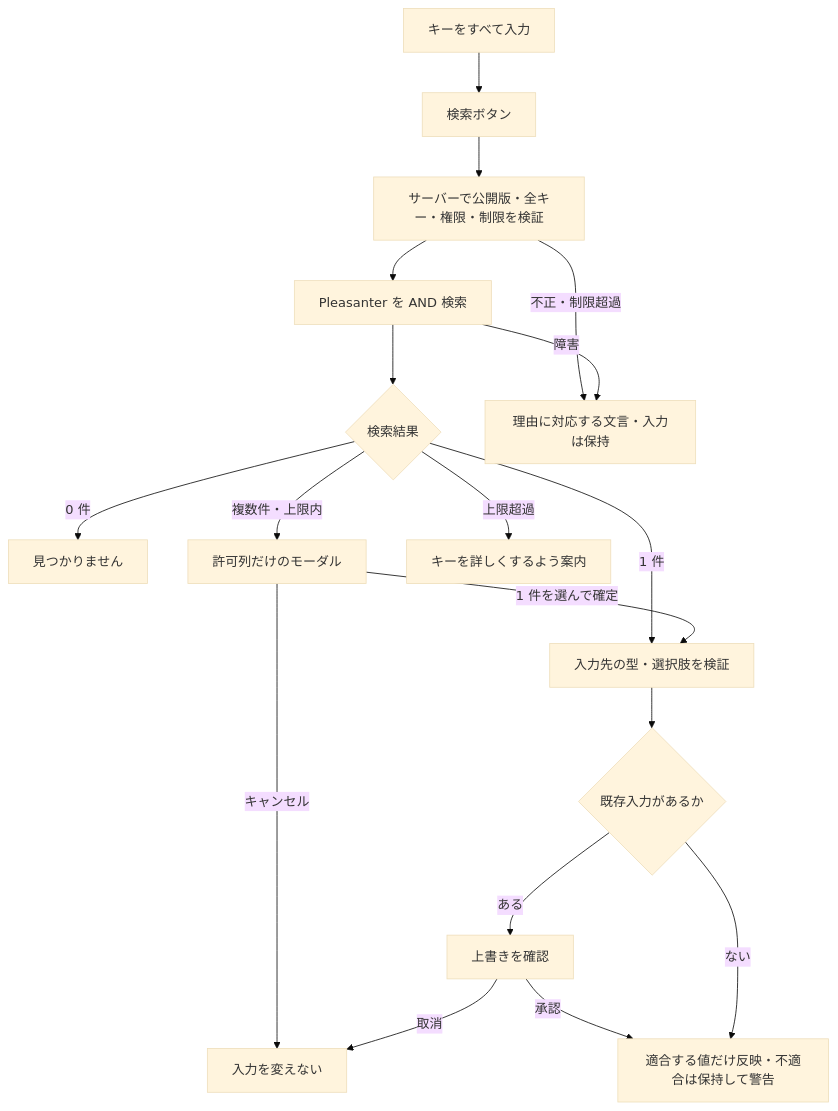
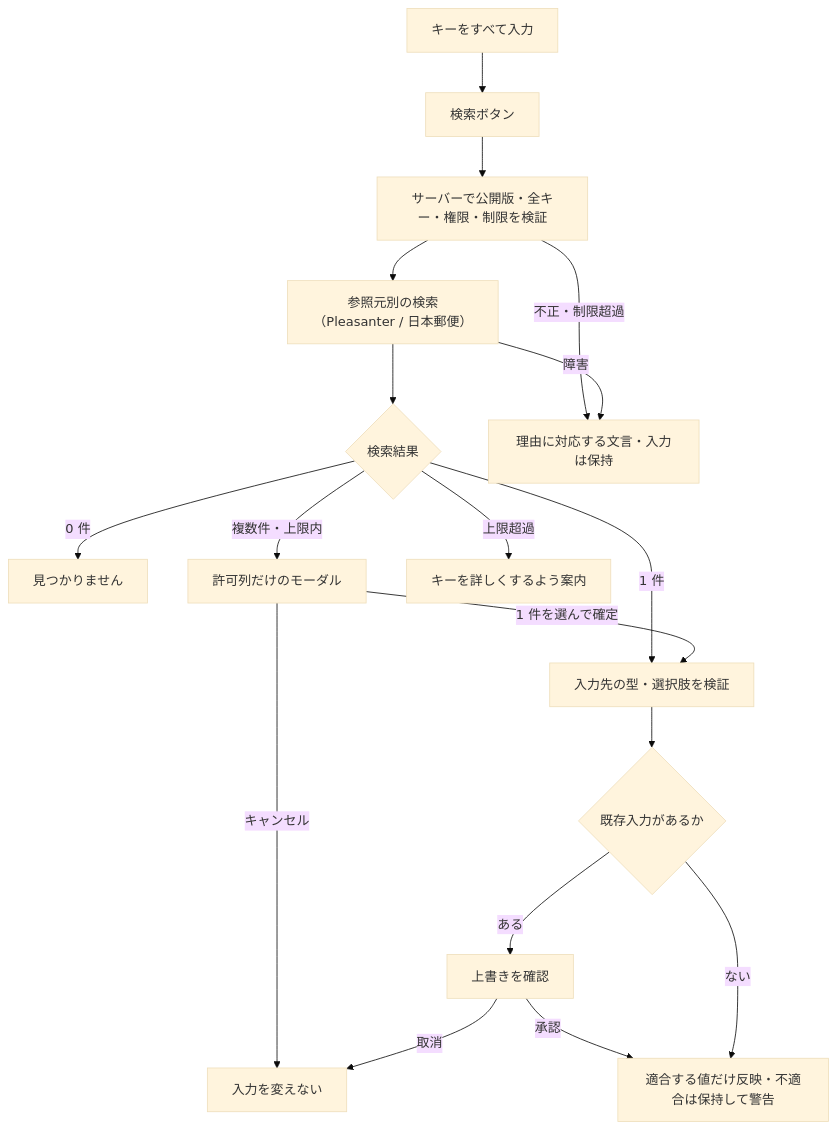
One commit to vehiclevisionjp/VehicleVision.PleasanterTools.Questionnaire changed the diagram in _documents/ルックアップ項目の仕様書.md. Above: the diagram before and after it, drawn with Mermaid (base theme). The commit also changed other lines of this file and 8 other files, not shown here.

````diff
--- a/_documents/ルックアップ項目の仕様書.md
+++ b/_documents/ルックアップ項目の仕様書.md
@@ -52,20 +69,20 @@
 ```mermaid
 flowchart TD
     A["キーをすべて入力"] --> B["検索ボタン"]
     B --> C["サーバーで公開版・全キー・権限・制限を検証"]
-    C --> D["Pleasanter を AND 検索"]
+    C --> D["参照元別の検索（Pleasanter / 日本郵便）"]
     D --> E{"検索結果"}
     E -->|"0 件"| F["見つかりません"]
     E -->|"1 件"| G["入力先の型・選択肢を検証"]
     E -->|"複数件・上限内"| H["許可列だけのモーダル"]
     H -->|"1 件を選んで確定"| G
     H -->|"キャンセル"| I["入力を変えない"]
     E -->|"上限超過"| J["キーを詳しくするよう案内"]
     G --> M{"既存入力があるか"}
     M -->|"ある"| N["上書きを確認"]
     N -->|"取消"| I
     N -->|"承認"| K["適合する値だけ反映・不適合は保持して警告"]
     M -->|"ない"| K
     C -->|"不正・制限超過"| L["理由に対応する文言・入力は保持"]
     D -->|"障害"| L
 ```
````
